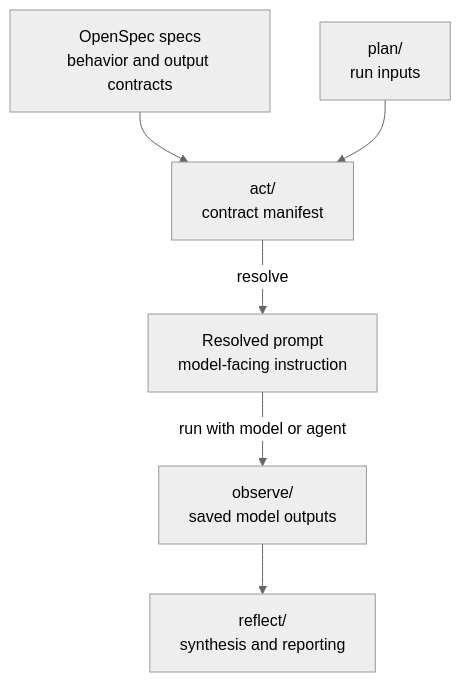
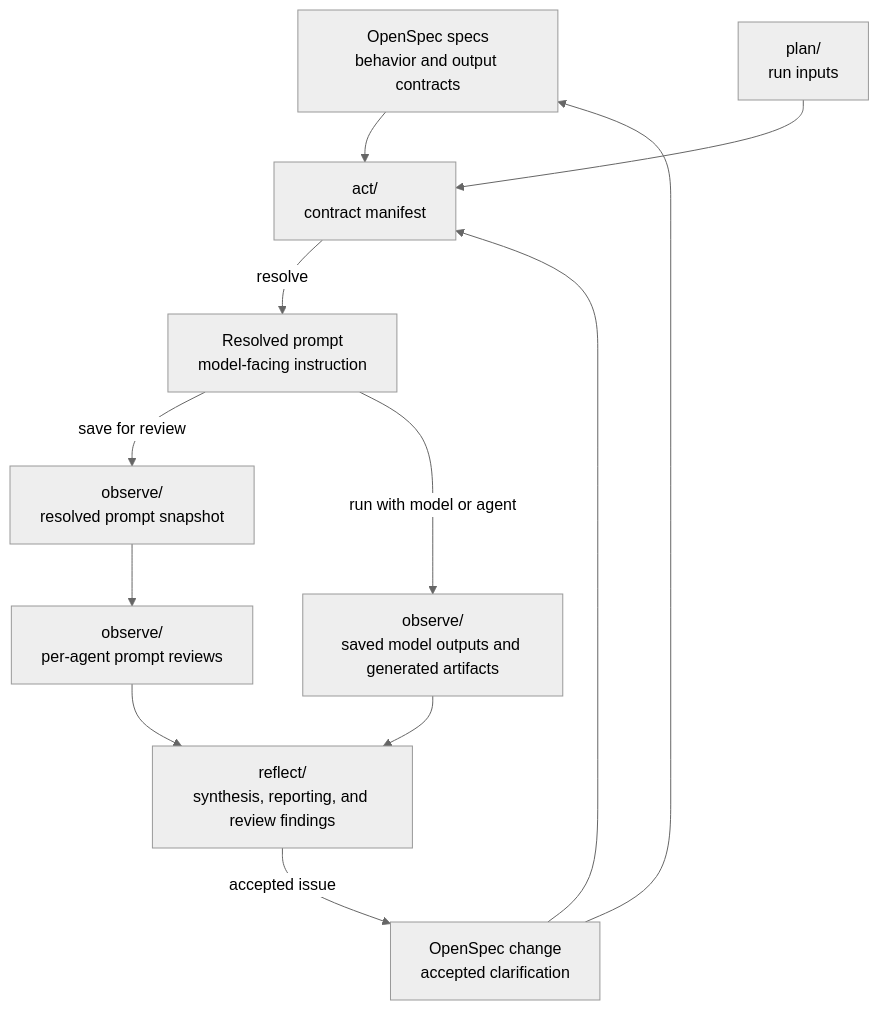
Before and after one commit to dtcc-platform/udt-platforms-mapping: the first of 2 diagrams in README.md, drawn with Mermaid (neutral theme). The commit also changed other lines of this file and 11 other files, not shown here.

Commit message:
Add research prompt review workflow

````diff
--- a/README.md
+++ b/README.md
@@ -100,15 +104,24 @@
 ```mermaid
 flowchart TD
     S["OpenSpec specs\nbehavior and output contracts"]
     P["plan/\nrun inputs"]
     A["act/\ncontract manifest"]
     R["Resolved prompt\nmodel-facing instruction"]
-    O["observe/\nsaved model outputs"]
-    F["reflect/\nsynthesis and reporting"]
+    RS["observe/\nresolved prompt snapshot"]
+    O["observe/\nsaved model outputs and generated artifacts"]
+    PR["observe/\nper-agent prompt reviews"]
+    F["reflect/\nsynthesis, reporting, and review findings"]
+    C["OpenSpec change\naccepted clarification"]
 
     S --> A
     P --> A
     A -->|resolve| R
+    R -->|save for review| RS
     R -->|run with model or agent| O
+    RS --> PR
     O --> F
+    PR --> F
+    F -->|accepted issue| C
+    C --> S
+    C --> A
 ```
````
